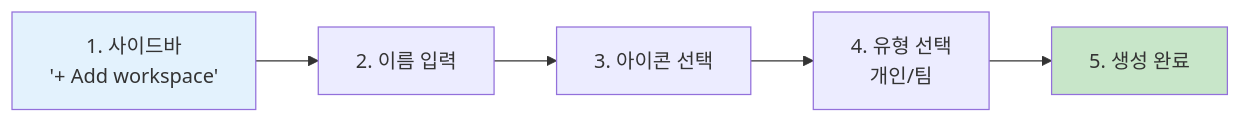
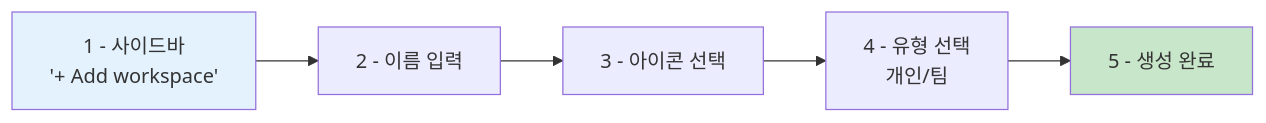
Before and after one commit to nugurejeil/weniVooks: the fourth of 26 diagrams in _md/genai-notion/chapter07/07-1.md, drawn with Mermaid. The commit also changed other lines of this file and 10 other files, not shown here.

````diff
--- a/_md/genai-notion/chapter07/07-1.md
+++ b/_md/genai-notion/chapter07/07-1.md
@@ -91,10 +91,10 @@
 ```mermaid
 graph LR
-    A[1. 사이드바<br/>'+ Add workspace'] --> B[2. 이름 입력]
-    B --> C[3. 아이콘 선택]
-    C --> D[4. 유형 선택<br/>개인/팀]
-    D --> E[5. 생성 완료]
+    A[1 - 사이드바<br/>'+ Add workspace'] --> B[2 - 이름 입력]
+    B --> C[3 - 아이콘 선택]
+    C --> D[4 - 유형 선택<br/>개인/팀]
+    D --> E[5 - 생성 완료]
 
     style A fill:#E3F2FD
     style E fill:#C8E6C9
 ```
````
